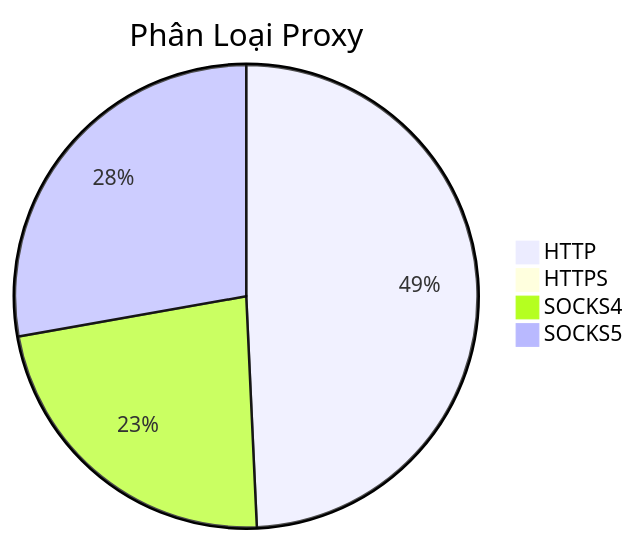
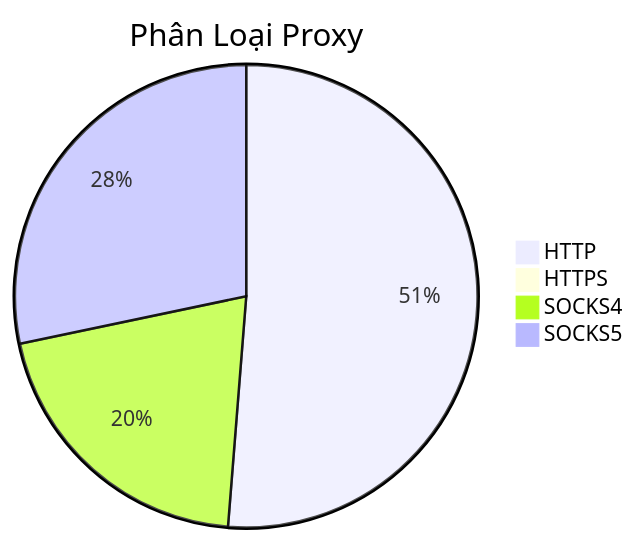
The diagram in README.md (Ciara-12/PROXY-free), drawn with Mermaid before and after one commit. The commit also changed other lines of this file and 4 other files, not shown here.

````diff
--- a/README.md
+++ b/README.md
@@ -26,7 +26,7 @@
 ```mermaid
 pie title Phân Loại Proxy
-    "HTTP" : 640
-    "HTTPS" : 0
-    "SOCKS4" : 298
-    "SOCKS5" : 361
+    "HTTP" : 672
+    "HTTPS" : 1
+    "SOCKS4" : 268
+    "SOCKS5" : 371
 ```
````
